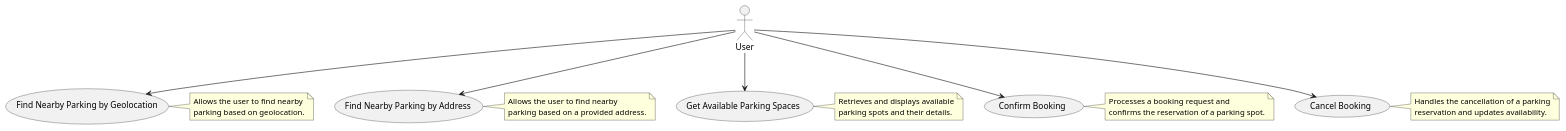
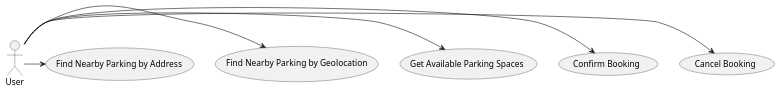
One commit to MohamedAbdulmaksoud/fhdo-smart-parking changed the diagram in fhdo-parking-service/src/static/UseCase.puml. Above: the diagram before and after it, drawn with PlantUML. The commit also changed 76 other files, not shown here.

```diff
--- a/fhdo-parking-service/src/static/UseCase.puml
+++ b/fhdo-parking-service/src/static/UseCase.puml
@@ -1,43 +1,21 @@
 @startuml
-'https://plantuml.com/use-case-diagram
-
+' Set the size to fit A4 portrait mode (8.27 inches x 11.69 inches)
 actor User
 
+' --- Parking Search Use Cases ---
 (Find Nearby Parking by Geolocation) as FindNearbyParkingGeo
 (Find Nearby Parking by Address) as FindNearbyParkingAddr
 (Get Available Parking Spaces) as GetAvailableSpaces
+
+' --- Booking Use Cases ---
 (Confirm Booking) as ConfirmBooking
 (Cancel Booking) as CancelBooking
 
-User --> FindNearbyParkingGeo
-User --> FindNearbyParkingAddr
-User --> GetAvailableSpaces
-User --> ConfirmBooking
-User --> CancelBooking
-
-note right of FindNearbyParkingGeo
-    Allows the user to find nearby
-    parking based on geolocation.
-end note
-
-note right of FindNearbyParkingAddr
-    Allows the user to find nearby
-    parking based on a provided address.
-end note
-
-note right of GetAvailableSpaces
-    Retrieves and displays available
-    parking spots and their details.
-end note
-
-note right of ConfirmBooking
-    Processes a booking request and
-    confirms the reservation of a parking spot.
-end note
-
-note right of CancelBooking
-    Handles the cancellation of a parking
-    reservation and updates availability.
-end note
+' Structuring Use Cases for Portrait Layout
+User -right-> CancelBooking
+User -right-> ConfirmBooking
+User -right-> GetAvailableSpaces
+User -right-> FindNearbyParkingGeo
+User -right-> FindNearbyParkingAddr
 
 @enduml
```
